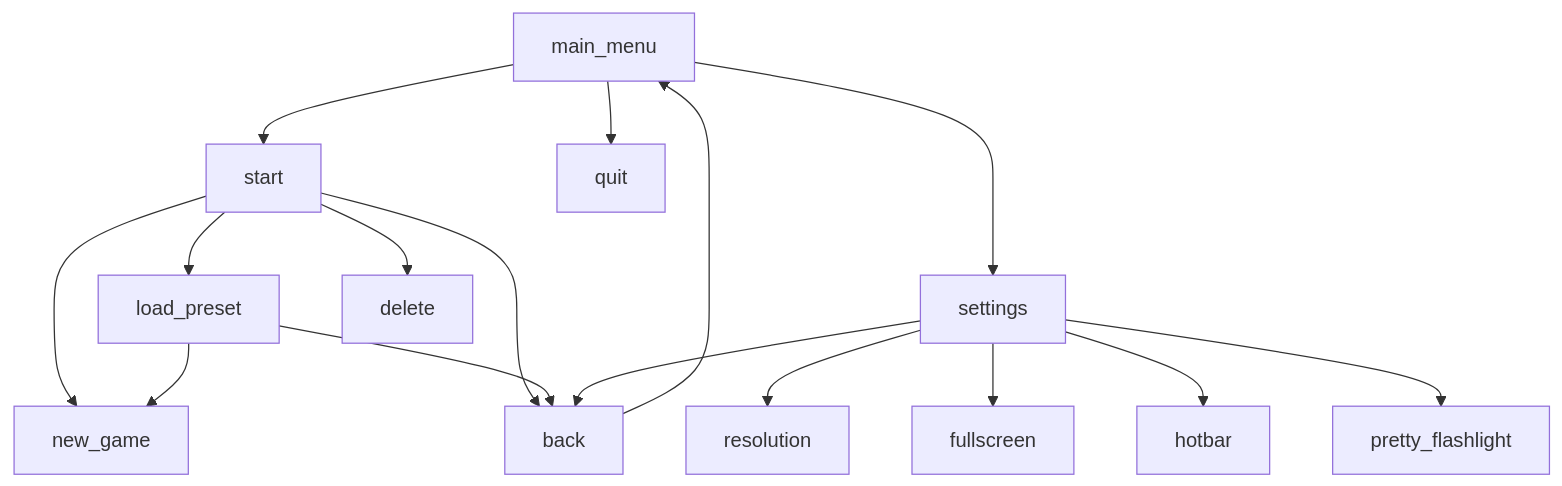
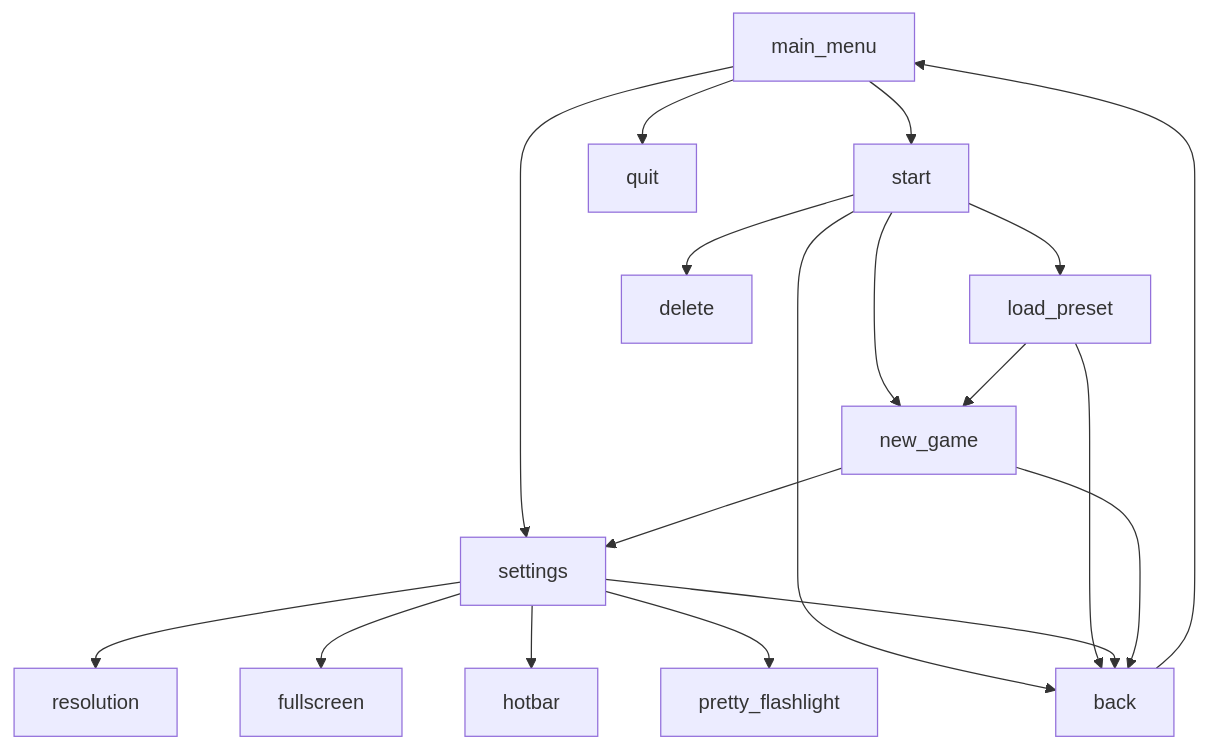
Before and after one commit to Hohenzoler/optyka: the diagram in README.md, drawn with Mermaid.

````diff
--- a/README.md
+++ b/README.md
@@ -63,18 +63,20 @@
 ```mermaid
 graph TD;
     main_menu-->start;
     main_menu-->settings;
     main_menu-->quit;
     start-->new_game;
     start-->load_preset;
     start-->delete;
     start-->back;
     back-->main_menu;
     load_preset-->new_game;
     load_preset-->back;
     settings-->resolution;
     settings-->fullscreen;
     settings-->hotbar;
     settings-->pretty_flashlight;
     settings-->back;
+    new_game-->settings;
+    new_game-->back;
 ```
````
